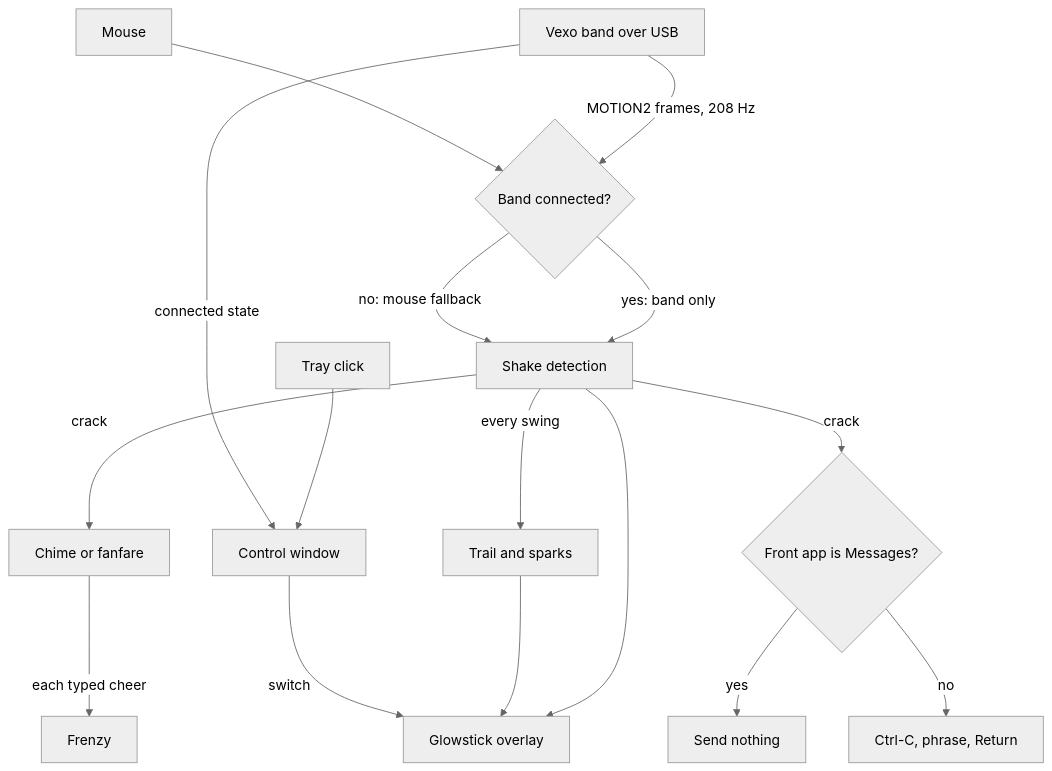
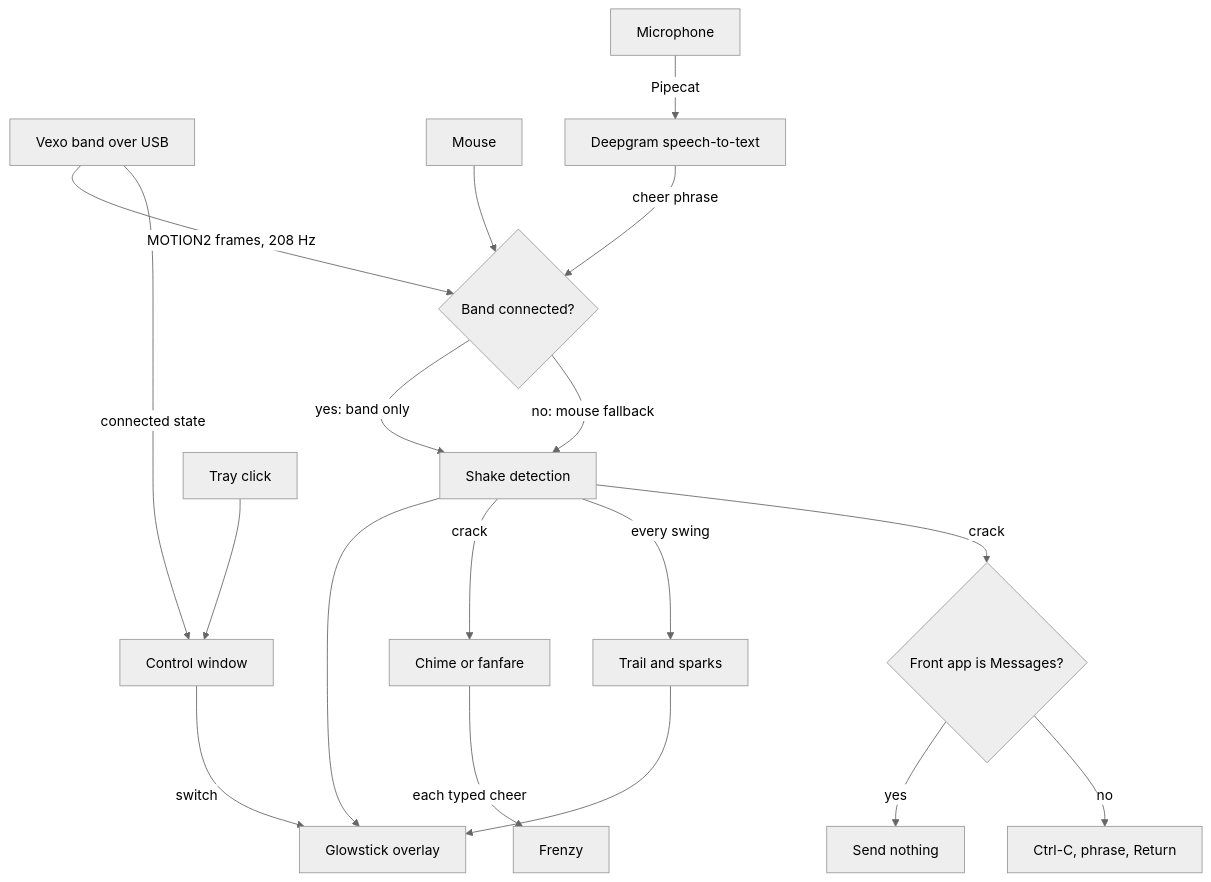
Before and after one commit to i098/openCheer: the diagram in README.md, drawn with Mermaid (neutral theme). The commit also changed other lines of this file and 7 other files, not shown here.

Commit message:
Add voice cheering with Pipecat and Deepgram

````diff
--- a/README.md
+++ b/README.md
@@ -30,18 +45,20 @@
 ```mermaid
 flowchart TD
   band[Vexo band over USB] -->|MOTION2 frames, 208 Hz| shake{Band connected?}
   mouse[Mouse] --> shake
   shake -->|yes: band only| detect[Shake detection]
   shake -->|no: mouse fallback| detect
   detect --> sticks[Glowstick overlay]
   detect -->|crack| chime[Chime or fanfare]
   detect -->|every swing| fx[Trail and sparks]
   fx --> sticks
   chime -->|each typed cheer| frenzy[Frenzy]
   detect -->|crack| guard{Front app is Messages?}
   guard -->|yes| skip[Send nothing]
   guard -->|no| type[Ctrl-C, phrase, Return]
+  mic[Microphone] -->|Pipecat| dg[Deepgram speech-to-text]
+  dg -->|cheer phrase| shake
   tray[Tray click] --> win[Control window]
   win -->|switch| sticks
   band -->|connected state| win
 ```
````
